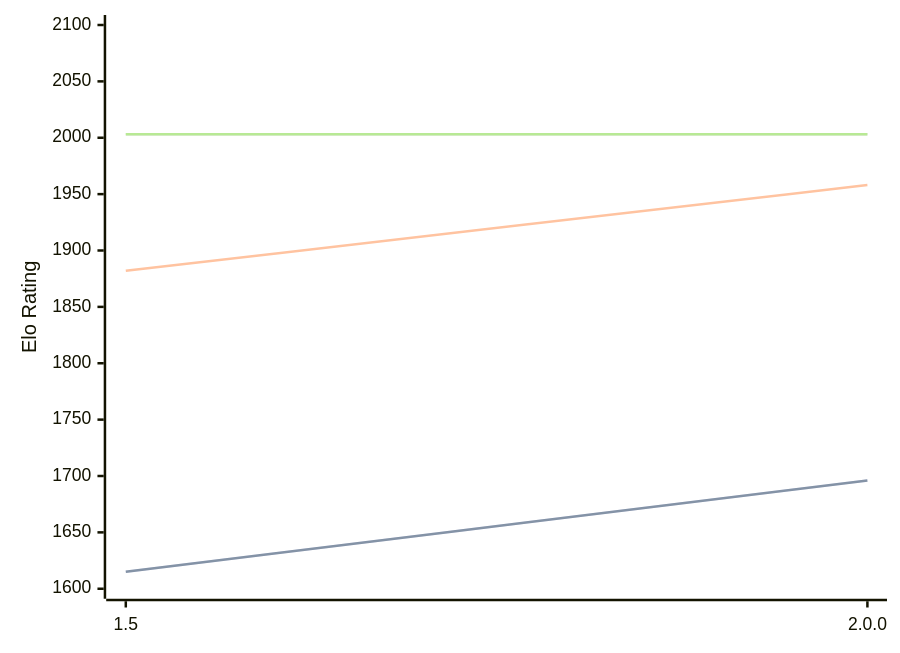
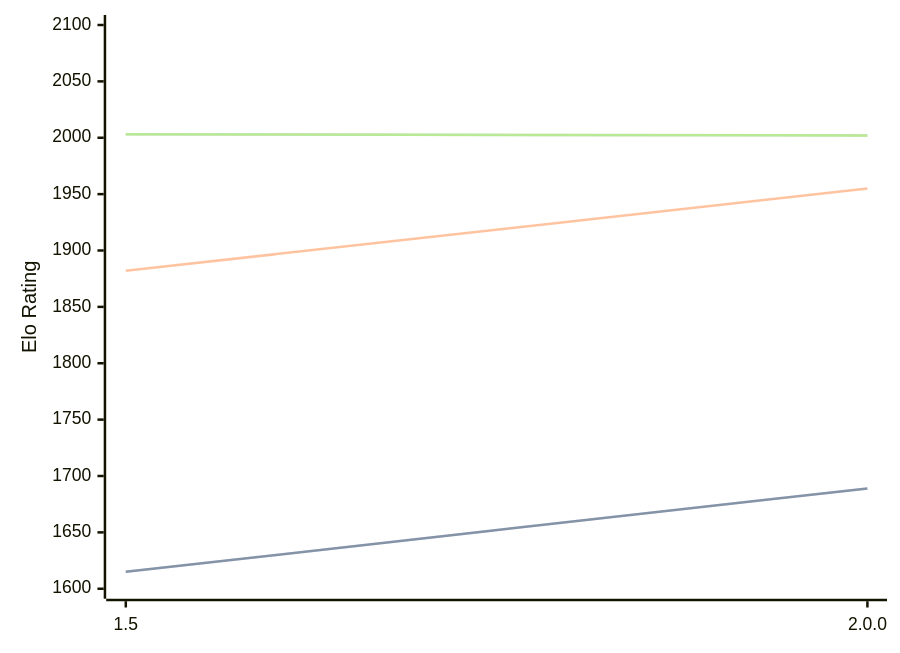
One commit to computer-chess-index/cci changed the diagram in engines/Rudim.md. Above: the diagram before and after it, drawn with Mermaid. The commit also changed other lines of this file, not shown here.

Commit message:
Update CCI Ratings (ELO VLTC) - 2026-05-12

````diff
--- a/engines/Rudim.md
+++ b/engines/Rudim.md
@@ -37,11 +37,11 @@
 ```mermaid
 %%{init: {"theme":"base","themeVariables":{"seriesColors:['#a3a3a3','#222221','#faa371']}}}%%
 xychart-beta
   x-axis ["1.5", "2.0.0"]
   y-axis "Elo Rating" 1600 --> 2100
-  line "STC (8.0+0.08s)" [1615, 1696]
-  line "STC (8.0+0.08s)" [1615, 1696]
-  line "LTC (60.0+0.60s)" [1882, 1958]
-  line "VLTC (2m24s+1.12s)" [2003, 2003]
-  line "VLTC (2m24s+1.12s)" [2003, 2003]
+  line "STC (8.0+0.08s)" [1615, 1689]
+  line "STC (8.0+0.08s)" [1615, 1689]
+  line "LTC (60.0+0.60s)" [1882, 1955]
+  line "VLTC (2m24s+1.12s)" [2003, 2002]
+  line "VLTC (2m24s+1.12s)" [2003, 2002]
 ```
````
